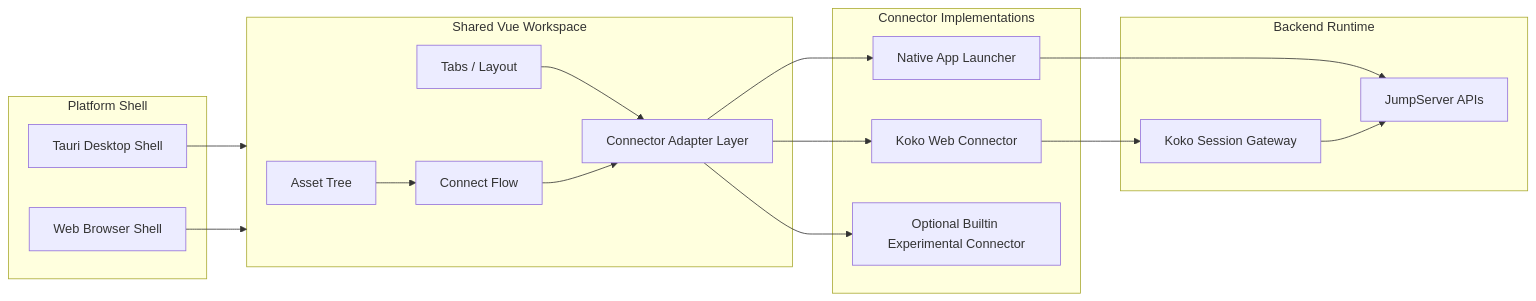
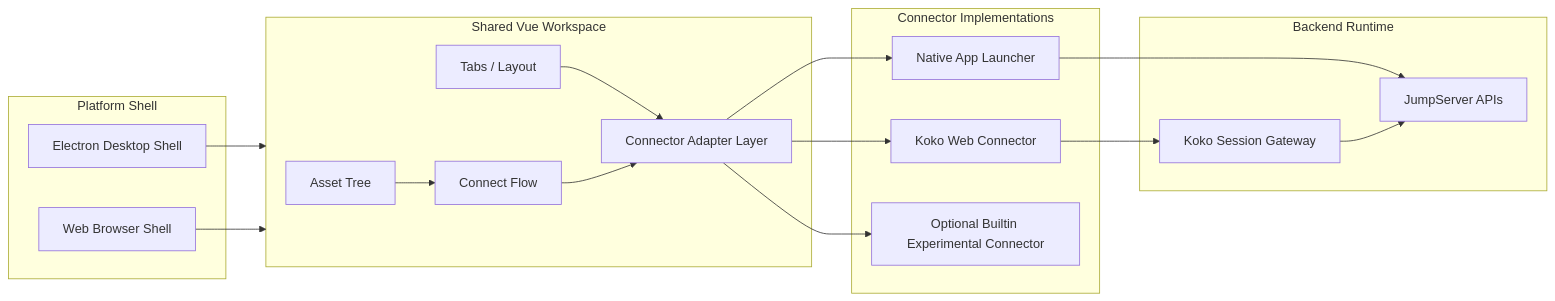
The diagram in DESIGN.md (jumpserver/luna), drawn with Mermaid before and after one commit. The commit also changed other lines of this file and 156 other files, not shown here.

````diff
--- a/DESIGN.md
+++ b/DESIGN.md
@@ -139,37 +139,37 @@
 ```mermaid
 flowchart LR
     subgraph shell ["Platform Shell"]
-        Desktop["Tauri Desktop Shell"]
+        Desktop["Electron Desktop Shell"]
         Browser["Web Browser Shell"]
     end
 
     subgraph workspace ["Shared Vue Workspace"]
         AssetTree["Asset Tree"]
         Tabs["Tabs / Layout"]
         ConnectFlow["Connect Flow"]
         Adapter["Connector Adapter Layer"]
     end
 
     subgraph connectors ["Connector Implementations"]
         KokoView["Koko Web Connector"]
         NativeLaunch["Native App Launcher"]
         BuiltinExp["Optional Builtin Experimental Connector"]
     end
 
     subgraph backend ["Backend Runtime"]
         Koko["Koko Session Gateway"]
         JMS["JumpServer APIs"]
     end
 
     Desktop --> workspace
     Browser --> workspace
     AssetTree --> ConnectFlow
     Tabs --> Adapter
     ConnectFlow --> Adapter
     Adapter --> KokoView
     Adapter --> NativeLaunch
     Adapter --> BuiltinExp
     KokoView --> Koko
     NativeLaunch --> JMS
     Koko --> JMS
 ```
````
